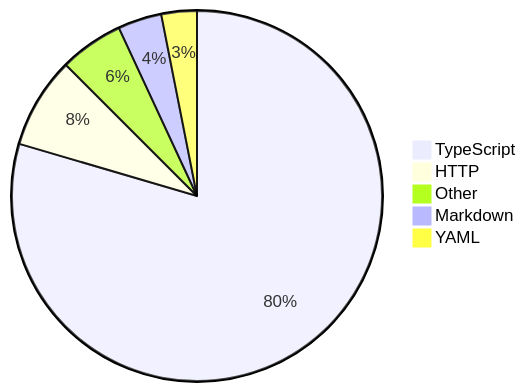
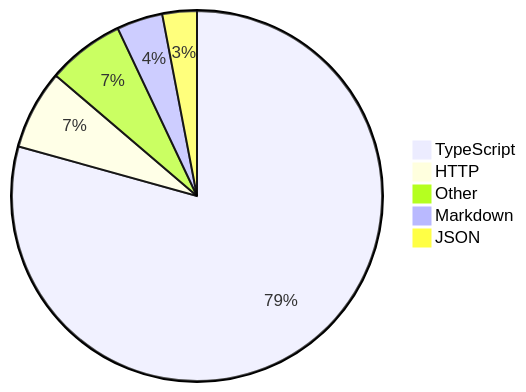
The diagram in README.md (skvggor/skvggor), drawn with Mermaid before and after one commit.

Commit message:
Updated waka-readme graph with new metrics

````diff
--- a/README.md
+++ b/README.md
@@ -16,8 +16,8 @@
 ```mermaid
 pie
-    "TypeScript" : 77.0
-    "HTTP" : 7.7
-    "Other" : 5.4
-    "Markdown" : 3.7
-    "YAML" : 3.0
+    "TypeScript" : 79.0
+    "HTTP" : 6.9
+    "Other" : 6.7
+    "Markdown" : 4.0
+    "JSON" : 3.0
 ```
````
